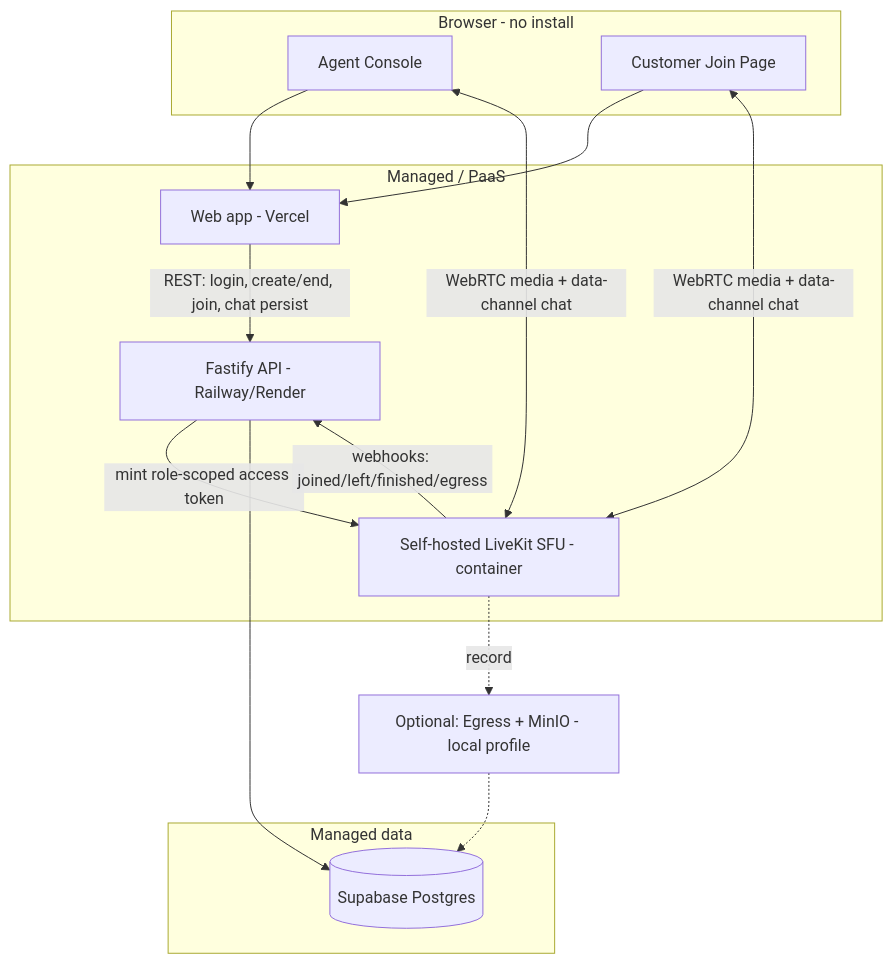
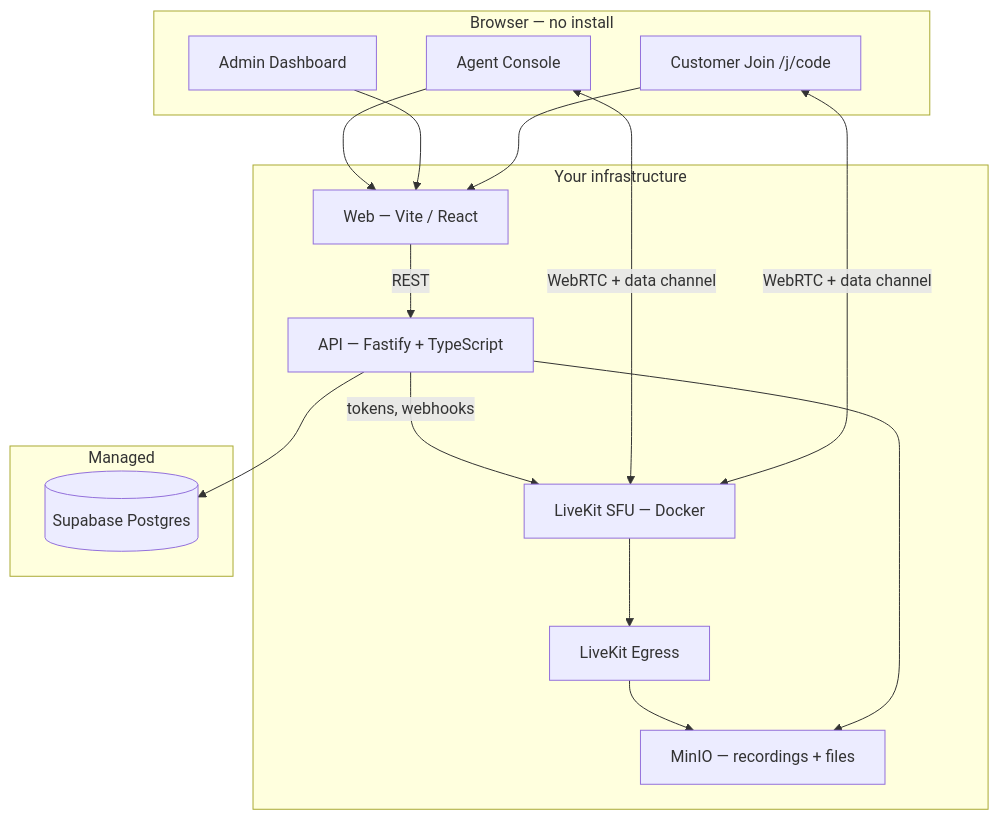
Before and after one commit to SreeRag1907/AssistLens: the diagram in README.md, drawn with Mermaid. The commit also changed other lines of this file and 24 other files, not shown here.

Commit message:
Separate admin vs agent login Short invite URLs Pre-join lobby README update — full docs rewrite

````diff
--- a/README.md
+++ b/README.md
@@ -19,27 +57,32 @@
 ```mermaid
 flowchart TD
-  subgraph client [Browser - no install]
+  subgraph browsers [Browser — no install]
     agentUI[Agent Console]
-    custUI[Customer Join Page]
+    adminUI[Admin Dashboard]
+    custUI[Customer Join /j/code]
   end
-  subgraph paas [Managed / PaaS]
-    web[Web app - Vercel]
-    api[Fastify API - Railway/Render]
-    livekit[Self-hosted LiveKit SFU - container]
+
+  subgraph host [Your infrastructure]
+    web[Web — Vite / React]
+    api[API — Fastify + TypeScript]
+    lk[LiveKit SFU — Docker]
+    minio[MinIO — recordings + files]
+    egress[LiveKit Egress]
   end
-  subgraph data [Managed data]
+
+  subgraph managed [Managed]
     pg[(Supabase Postgres)]
   end
-  recording[Optional: Egress + MinIO - local profile]
 
   agentUI --> web
+  adminUI --> web
   custUI --> web
-  web -->|REST: login, create/end, join, chat persist| api
-  api -->|mint role-scoped access token| livekit
-  agentUI <-->|WebRTC media + data-channel chat| livekit
-  custUI <-->|WebRTC media + data-channel chat| livekit
-  livekit -->|webhooks: joined/left/finished/egress| api
+  web -->|REST| api
+  api -->|tokens, webhooks| lk
   api --> pg
-  livekit -.->|record| recording
-  recording -.-> pg
+  agentUI <-->|WebRTC + data channel| lk
+  custUI <-->|WebRTC + data channel| lk
+  lk --> egress
+  egress --> minio
+  api --> minio
 ```
````
